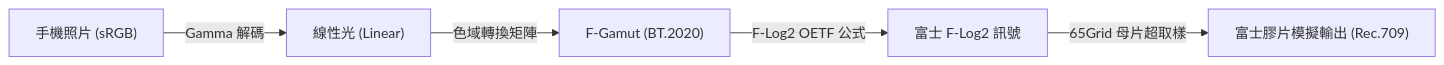
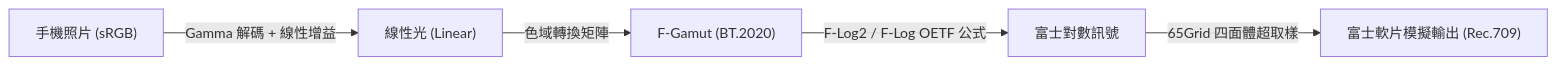
One commit to abc0922001/fuji-lut-for-mobile changed the diagram in README.md. Above: the diagram before and after it, drawn with Mermaid. The commit also changed other lines of this file and 9 other files, not shown here.

````diff
--- a/README.md
+++ b/README.md
@@ -21,7 +23,7 @@
 ```mermaid
 flowchart LR
-    A["手機照片 (sRGB)"] -->|Gamma 解碼| B["線性光 (Linear)"]
+    A["手機照片 (sRGB)"] -->|Gamma 解碼 + 線性增益| B["線性光 (Linear)"]
     B -->|色域轉換矩陣| C["F-Gamut (BT.2020)"]
-    C -->|F-Log2 OETF 公式| D["富士 F-Log2 訊號"]
-    D -->|65Grid 母片超取樣| E["富士膠片模擬輸出 (Rec.709)"]
+    C -->|F-Log2 / F-Log OETF 公式| D["富士對數訊號"]
+    D -->|65Grid 四面體超取樣| E["富士軟片模擬輸出 (Rec.709)"]
 ```
````
